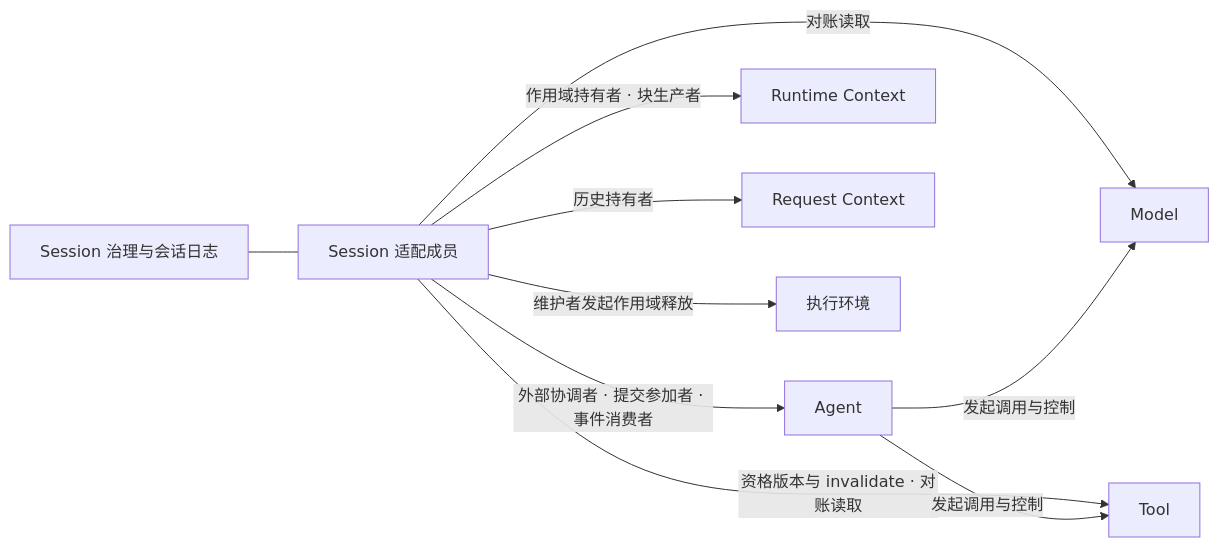
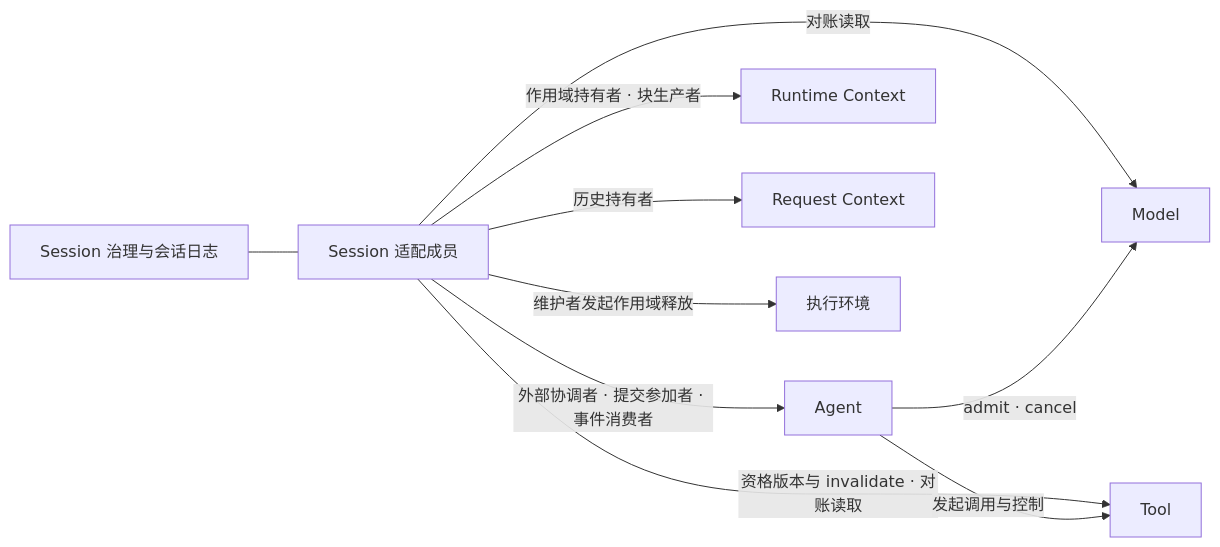
Before and after one commit to nemori-ai/omne-harness-lite: the first of 9 diagrams in docs/architecture/runtime/session-and-run.md, drawn with Mermaid. The commit also changed other lines of this file and 6 other files, not shown here.

````diff
--- a/docs/architecture/runtime/session-and-run.md
+++ b/docs/architecture/runtime/session-and-run.md
@@ -40,12 +47,12 @@
 ```mermaid
 flowchart LR
     Gov[Session 治理与会话日志] --- Adapters[Session 适配成员]
     Adapters -->|外部协调者 · 提交参加者 · 事件消费者| Agent[Agent]
     Adapters -->|对账读取| Model[Model]
     Adapters -->|资格版本与 invalidate · 对账读取| Tool[Tool]
     Adapters -->|作用域持有者 · 块生产者| RC[Runtime Context]
     Adapters -->|历史持有者| RQ[Request Context]
     Adapters -->|维护者发起作用域释放| EE[执行环境]
-    Agent -->|发起调用与控制| Model
+    Agent -->|admit · cancel| Model
     Agent -->|发起调用与控制| Tool
 ```
````
